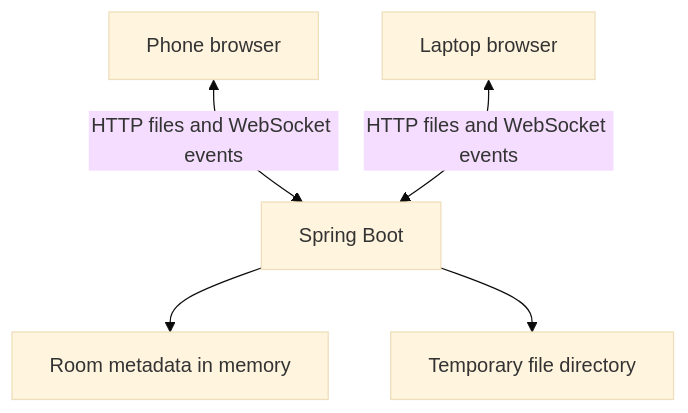
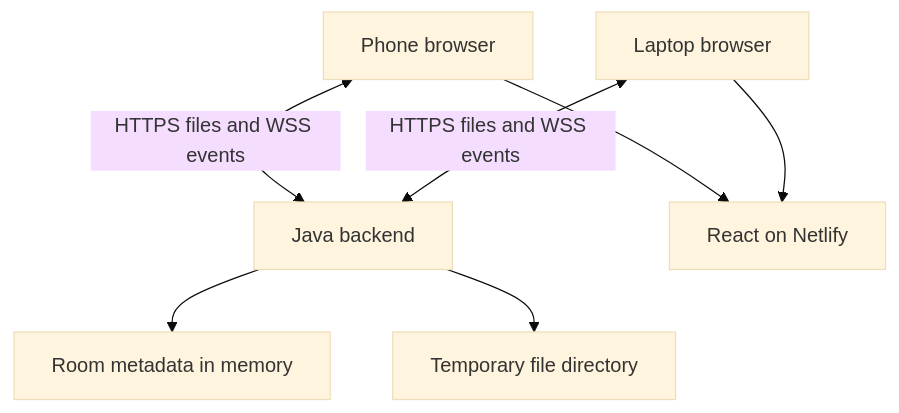
The diagram in README.md (shaileshsalve-7/droplink), drawn with Mermaid (base theme) before and after one commit. The commit also changed other lines of this file and 52 other files, not shown here.

````diff
--- a/README.md
+++ b/README.md
@@ -61,7 +47,9 @@
 ```mermaid
 flowchart TD
-    A[Phone browser] <-->|HTTP files and WebSocket events| C[Spring Boot]
-    B[Laptop browser] <-->|HTTP files and WebSocket events| C
-    C --> D[Room metadata in memory]
-    C --> E[Temporary file directory]
+    A[Phone browser] <-->|HTTPS files and WSS events| C[Java backend]
+    B[Laptop browser] <-->|HTTPS files and WSS events| C
+    A --> D[React on Netlify]
+    B --> D
+    C --> E[Room metadata in memory]
+    C --> F[Temporary file directory]
 ```
````
